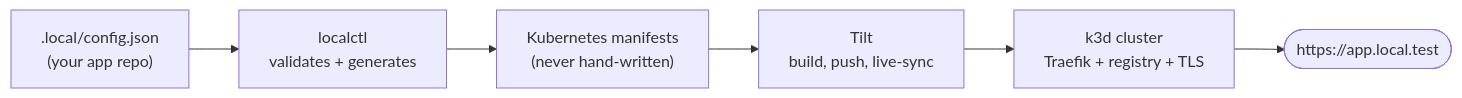
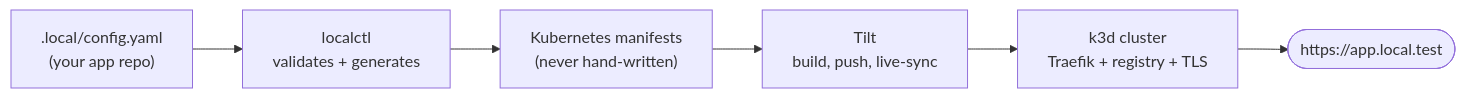
The diagram in docs/index.md (psilvmoreira/localctl), drawn with Mermaid before and after one commit. The commit also changed other lines of this file and 56 other files, not shown here.

Commit message:
feat: move app config to YAML and extend it with ports, ingress, volumes and environments (#30)

````diff
--- a/docs/index.md
+++ b/docs/index.md
@@ -84,8 +84,8 @@
 ```mermaid
 flowchart LR
-  A[".local/config.json<br/>(your app repo)"] --> B["localctl<br/>validates + generates"]
+  A[".local/config.yaml<br/>(your app repo)"] --> B["localctl<br/>validates + generates"]
   B --> C["Kubernetes manifests<br/>(never hand-written)"]
   C --> D["Tilt<br/>build, push, live-sync"]
   D --> E["k3d cluster<br/>Traefik + registry + TLS"]
   E --> F(["https://app.local.test"])
 ```
````
